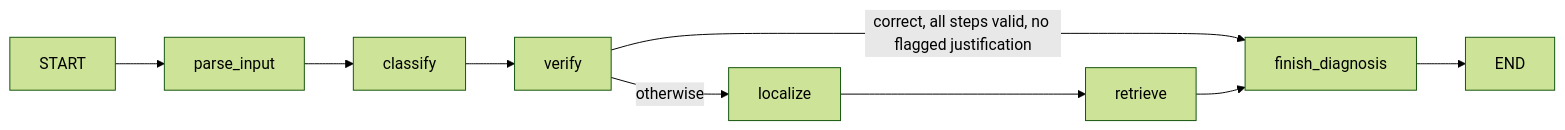
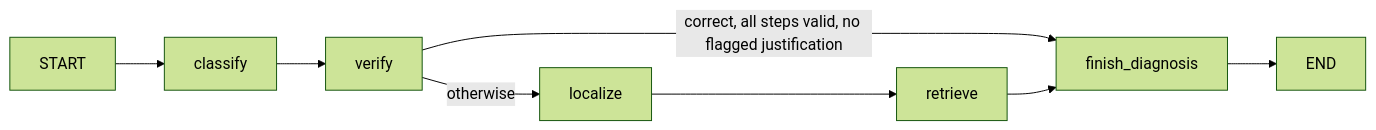
The second of 2 diagrams in docs/architecture.md (ruzhylopv/math-tutor-nlp-sys), drawn with Mermaid (forest theme) before and after one commit. The commit also changed other lines of this file and 8 other files, not shown here.

````diff
--- a/docs/architecture.md
+++ b/docs/architecture.md
@@ -47,7 +51,7 @@
 ```mermaid
 flowchart LR
-  START --> parse_input --> classify --> verify
+  START --> classify --> verify
   verify -->|"correct, all steps valid, no flagged justification"| finish_diagnosis
   verify -->|otherwise| localize --> retrieve --> finish_diagnosis
   finish_diagnosis --> END
 ```
````
